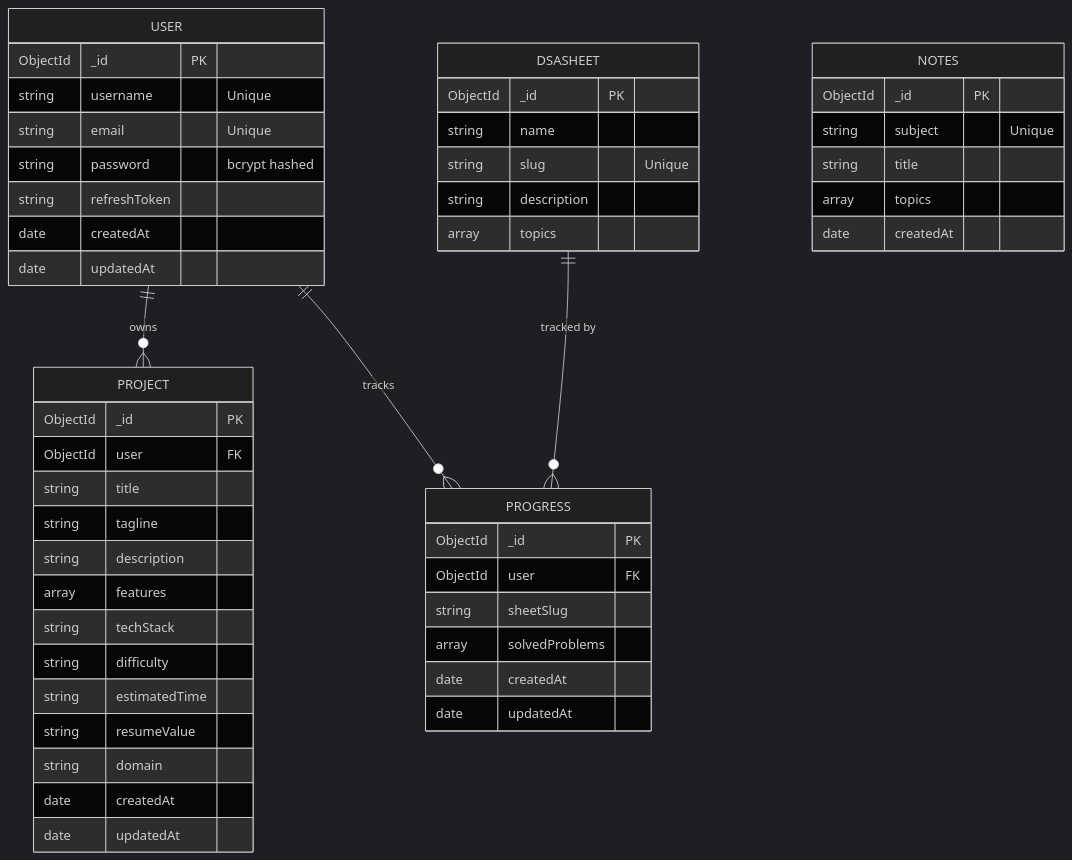
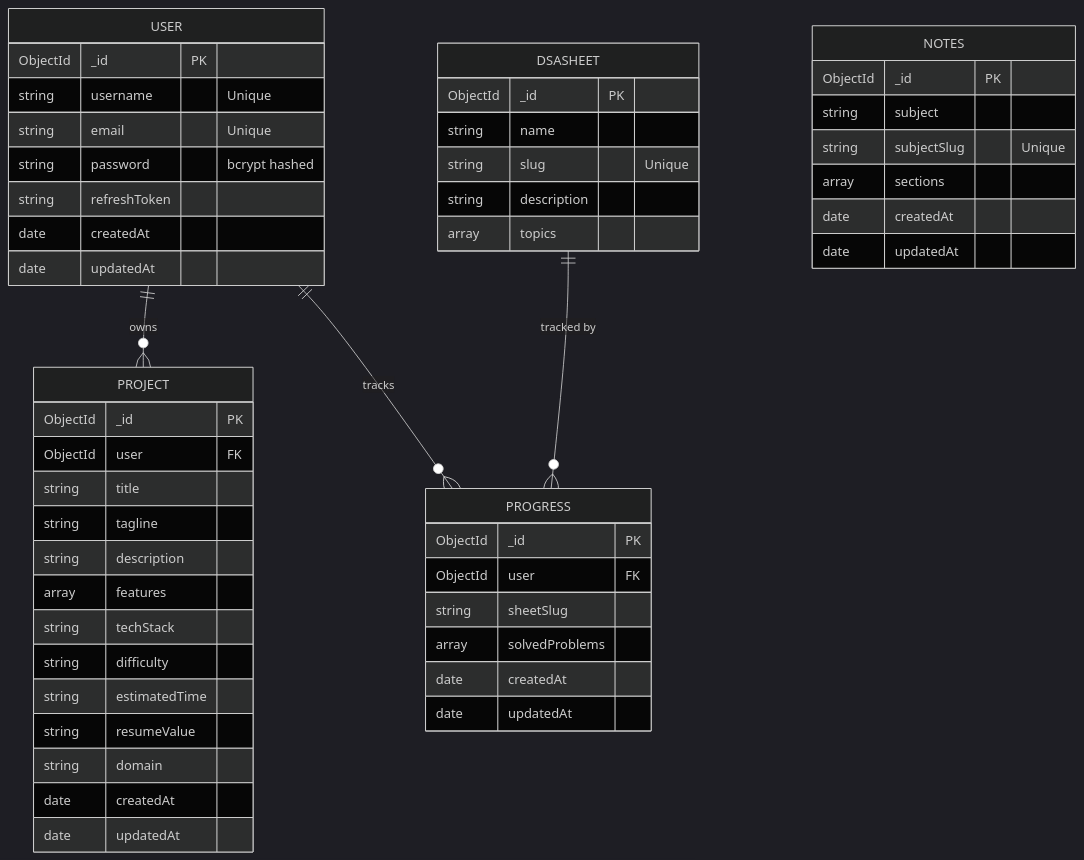
One commit to SahilSameer18/prepstack changed the fourth of 4 diagrams in README.md. Above: the diagram before and after it, drawn with Mermaid (dark theme). The commit also changed other lines of this file and 8 other files, not shown here.

````diff
--- a/README.md
+++ b/README.md
@@ -237,57 +260,58 @@
 ```mermaid
 erDiagram
     USER {
         ObjectId _id PK
         string username "Unique"
         string email "Unique"
         string password "bcrypt hashed"
         string refreshToken
         date createdAt
         date updatedAt
     }
 
     PROJECT {
         ObjectId _id PK
         ObjectId user FK
         string title
         string tagline
         string description
         array features
         string techStack
         string difficulty
         string estimatedTime
         string resumeValue
         string domain
         date createdAt
         date updatedAt
     }
 
     DSASHEET {
         ObjectId _id PK
         string name
         string slug "Unique"
         string description
         array topics
     }
 
     PROGRESS {
         ObjectId _id PK
         ObjectId user FK
         string sheetSlug
         array solvedProblems
         date createdAt
         date updatedAt
     }
 
     NOTES {
         ObjectId _id PK
-        string subject "Unique"
-        string title
-        array topics
+        string subject
+        string subjectSlug "Unique"
+        array sections
         date createdAt
+        date updatedAt
     }
 
     USER ||--o{ PROJECT : "owns"
     USER ||--o{ PROGRESS : "tracks"
     DSASHEET ||--o{ PROGRESS : "tracked by"
 ```
````
